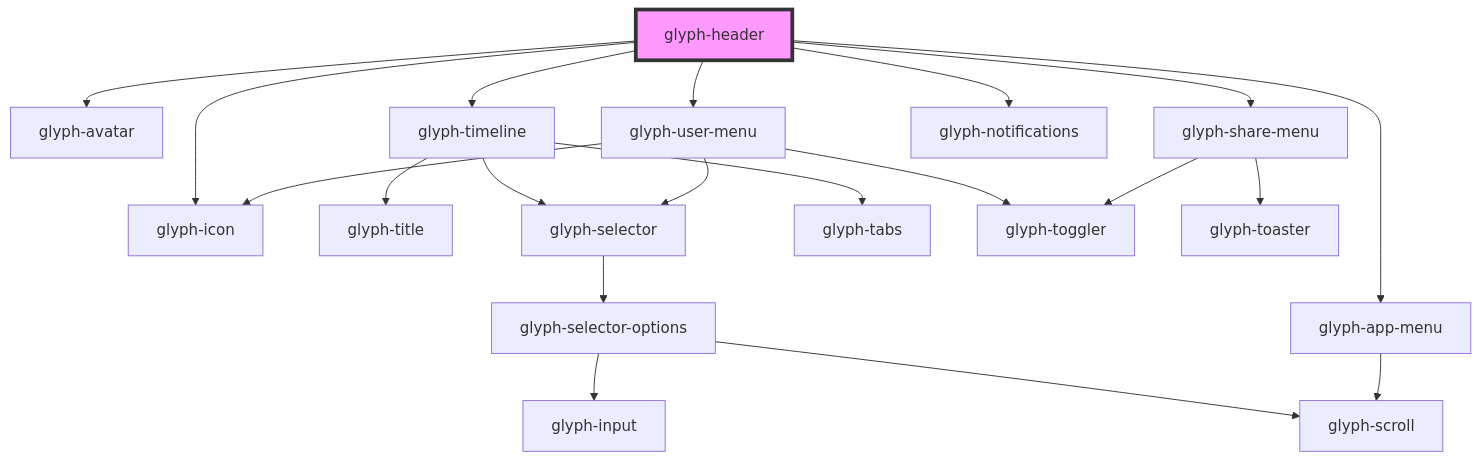
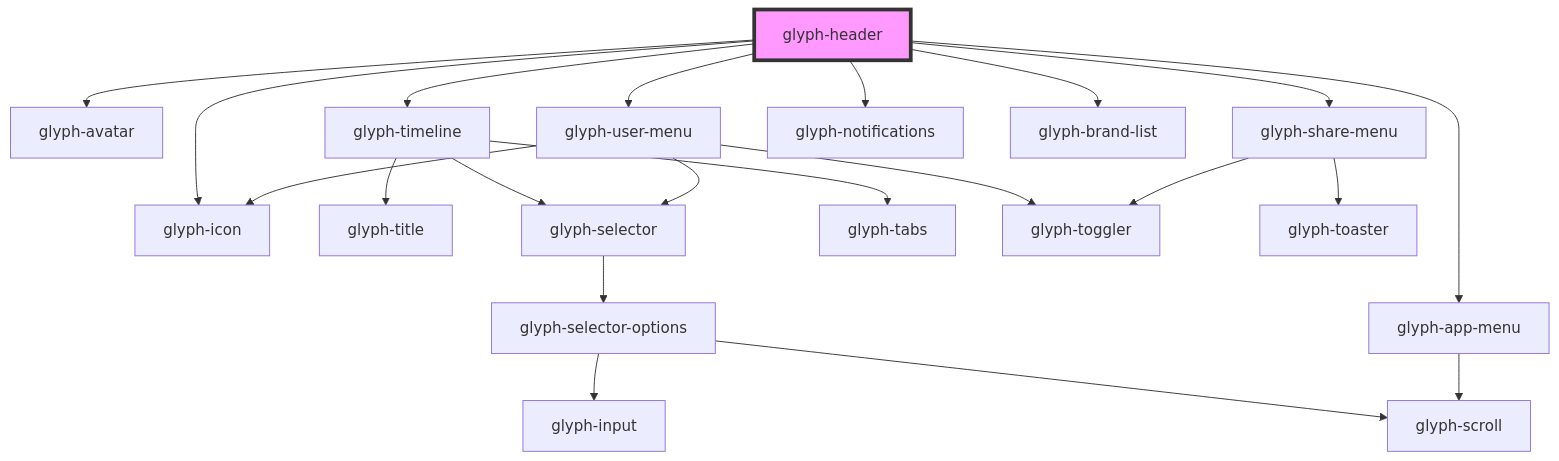
The diagram in packages/glyph-components/src/components/layouts/header/readme.md (adrianiy/synth-ui), drawn with Mermaid before and after one commit. The commit also changed other lines of this file and 23 other files, not shown here.

````diff
--- a/packages/glyph-components/src/components/layouts/header/readme.md
+++ b/packages/glyph-components/src/components/layouts/header/readme.md
@@ -56,23 +59,24 @@
 ```mermaid
 graph TD;
   glyph-header --> glyph-icon
   glyph-header --> glyph-avatar
   glyph-header --> glyph-timeline
   glyph-header --> glyph-user-menu
   glyph-header --> glyph-app-menu
   glyph-header --> glyph-share-menu
   glyph-header --> glyph-notifications
+  glyph-header --> glyph-brand-list
   glyph-timeline --> glyph-title
   glyph-timeline --> glyph-selector
   glyph-timeline --> glyph-tabs
   glyph-selector --> glyph-selector-options
   glyph-selector-options --> glyph-input
   glyph-selector-options --> glyph-scroll
   glyph-user-menu --> glyph-selector
   glyph-user-menu --> glyph-toggler
   glyph-user-menu --> glyph-icon
   glyph-app-menu --> glyph-scroll
   glyph-share-menu --> glyph-toggler
   glyph-share-menu --> glyph-toaster
   style glyph-header fill:#f9f,stroke:#333,stroke-width:4px
 ```
````
